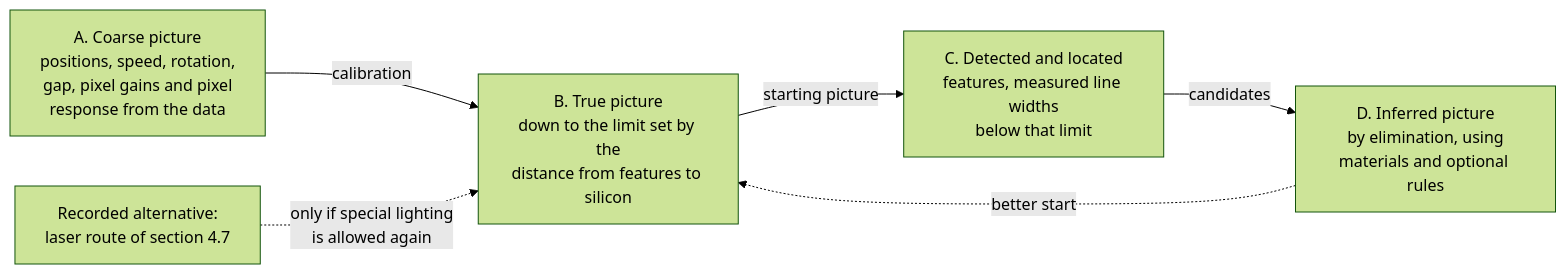
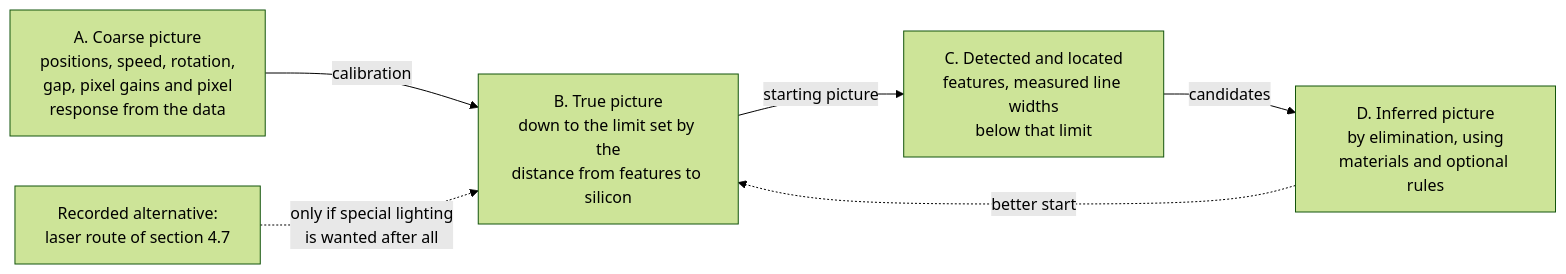
One commit to mithro/ccd-superres changed the fourth of 6 diagrams in docs/design.md. Above: the diagram before and after it, drawn with Mermaid (forest theme). The commit also changed other lines of this file and 7 other files, not shown here.

````diff
--- a/docs/design.md
+++ b/docs/design.md
@@ -1166,13 +1172,13 @@
 ```mermaid
 flowchart LR
     A["A. Coarse picture<br/>positions, speed, rotation,<br/>gap, pixel gains and pixel<br/>response from the data"]
     B["B. True picture<br/>down to the limit set by the<br/>distance from features to silicon"]
     C["C. Detected and located<br/>features, measured line widths<br/>below that limit"]
     D["D. Inferred picture<br/>by elimination, using<br/>materials and optional rules"]
     X["Recorded alternative:<br/>laser route of section 4.7"]
     A -->|"calibration"| B
     B -->|"starting picture"| C
     C -->|"candidates"| D
     D -.->|"better start"| B
-    X -.->|"only if special lighting<br/>is allowed again"| B
+    X -.->|"only if special lighting<br/>is wanted after all"| B
 ```
````
